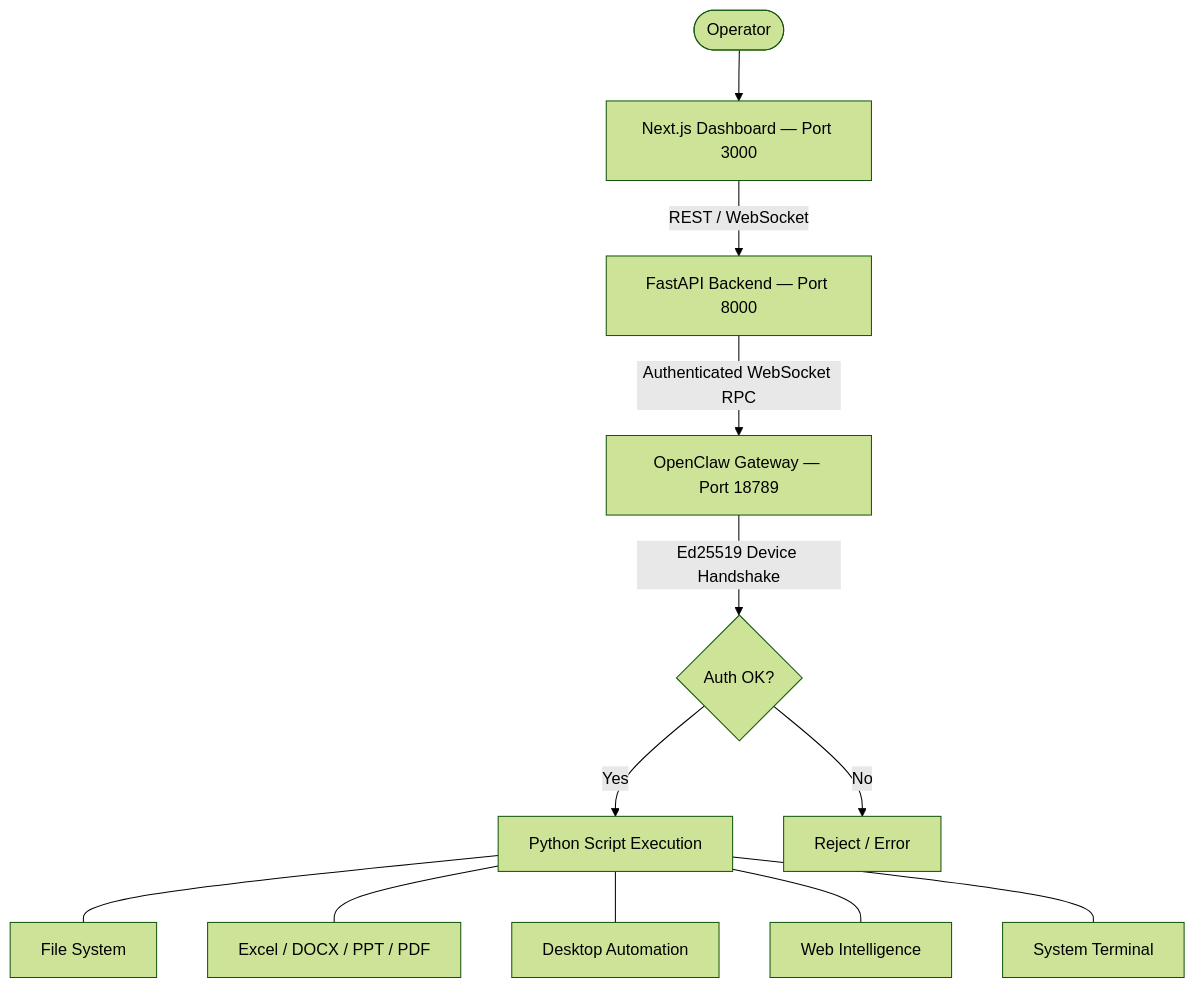
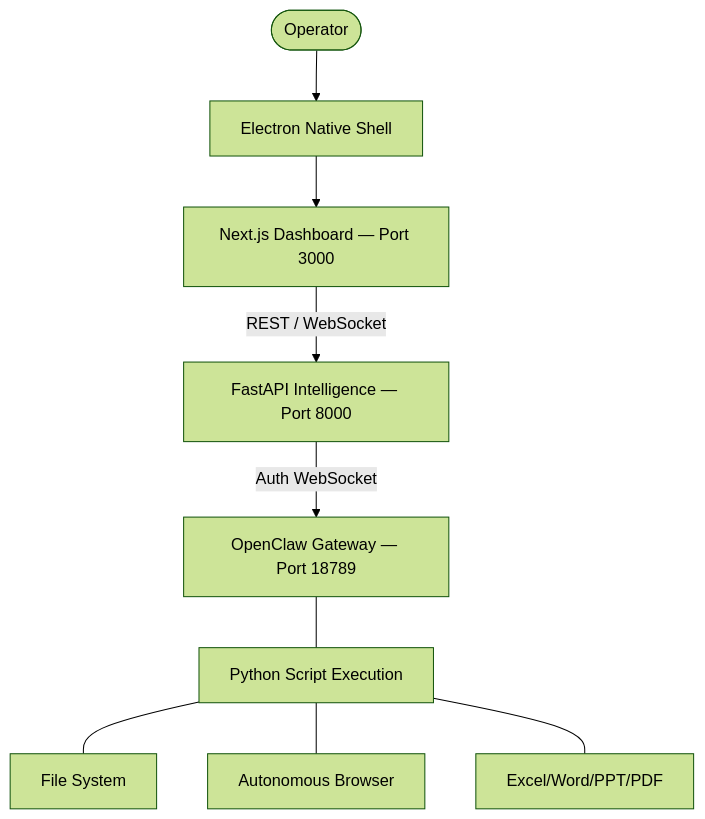
One commit to Rajkumars777/agent02 changed the diagram in README.md. Above: the diagram before and after it, drawn with Mermaid (forest theme). The commit also changed other lines of this file, not shown here.

Commit message:
Docs: Update README to reflect NEXUS branding and Electron architecture

````diff
--- a/README.md
+++ b/README.md
@@ -168,15 +44,12 @@
 ```mermaid
 graph TD
-    Operator([Operator]) --> Dashboard[Next.js Dashboard — Port 3000]
-    Dashboard -- REST / WebSocket --> Engine[FastAPI Backend — Port 8000]
-    Engine -- Authenticated WebSocket RPC --> Gateway[OpenClaw Gateway — Port 18789]
-    Gateway -- Ed25519 Device Handshake --> Auth{Auth OK?}
-    Auth -- Yes --> Execution[Python Script Execution]
-    Auth -- No --> Reject[Reject / Error]
+    Operator([Operator]) --> Electron[Electron Native Shell]
+    Electron --> Dashboard[Next.js Dashboard — Port 3000]
+    Dashboard -- REST / WebSocket --> Engine[FastAPI Intelligence — Port 8000]
+    Engine -- Auth WebSocket --> Gateway[OpenClaw Gateway — Port 18789]
     
+    Gateway --- Execution[Python Script Execution]
     Execution --- FS[File System]
-    Execution --- Office[Excel / DOCX / PPT / PDF]
-    Execution --- Desktop[Desktop Automation]
-    Execution --- Web[Web Intelligence]
-    Execution --- Terminal[System Terminal]
+    Execution --- Browser[Autonomous Browser]
+    Execution --- Office[Excel/Word/PPT/PDF]
 ```
````
